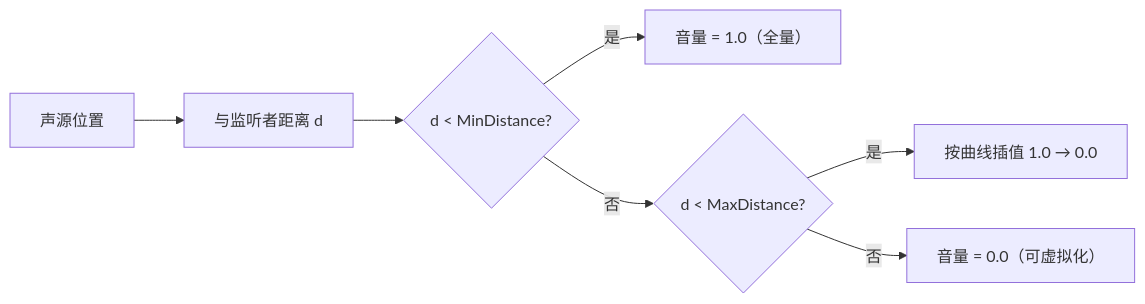
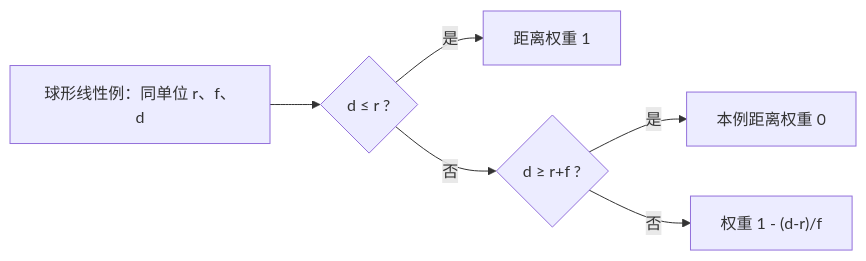
The fifth of 5 diagrams in 知识/04-图形动画与物理仿真/音频播放与程序化声音/01-音频基础与播放.md (fantuan812/learning), drawn with Mermaid before and after one commit. The commit also changed other lines of this file and 1 other file, not shown here.

````diff
--- a/知识/04-图形动画与物理仿真/音频播放与程序化声音/01-音频基础与播放.md
+++ b/知识/04-图形动画与物理仿真/音频播放与程序化声音/01-音频基础与播放.md
@@ -257,9 +274,8 @@
 ```mermaid
 flowchart LR
-    A["声源位置"] --> B["与监听者距离 d"]
-    B --> C{"d < MinDistance?"}
-    C -->|"是"| D["音量 = 1.0（全量）"]
-    C -->|"否"| E{"d < MaxDistance?"}
-    E -->|"是"| F["按曲线插值 1.0 → 0.0"]
-    E -->|"否"| G["音量 = 0.0（可虚拟化）"]
+    A["球形线性例：同单位 r、f、d"] --> B{"d ≤ r ?"}
+    B -->|"是"| C["距离权重 1"]
+    B -->|"否"| D{"d ≥ r+f ?"}
+    D -->|"是"| E["本例距离权重 0"]
+    D -->|"否"| F["权重 1 - (d-r)/f"]
 ```
````
